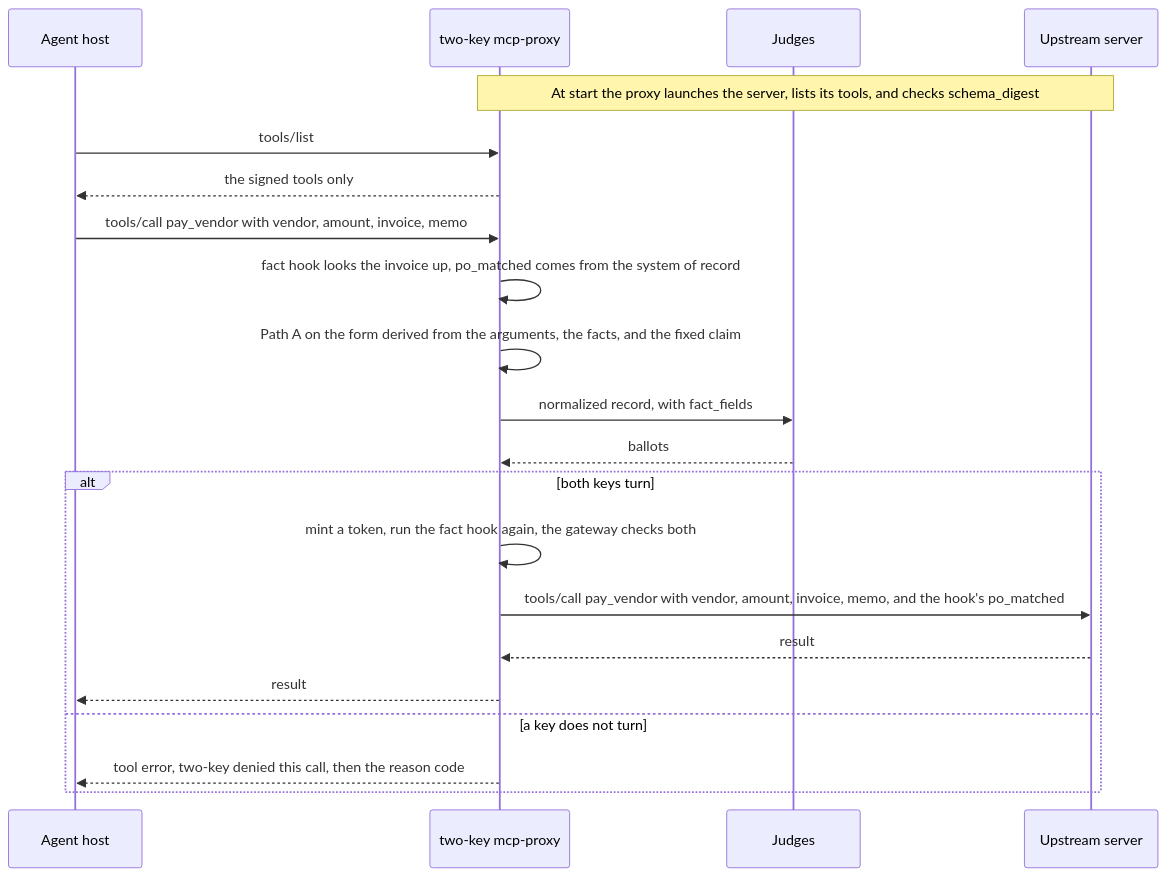
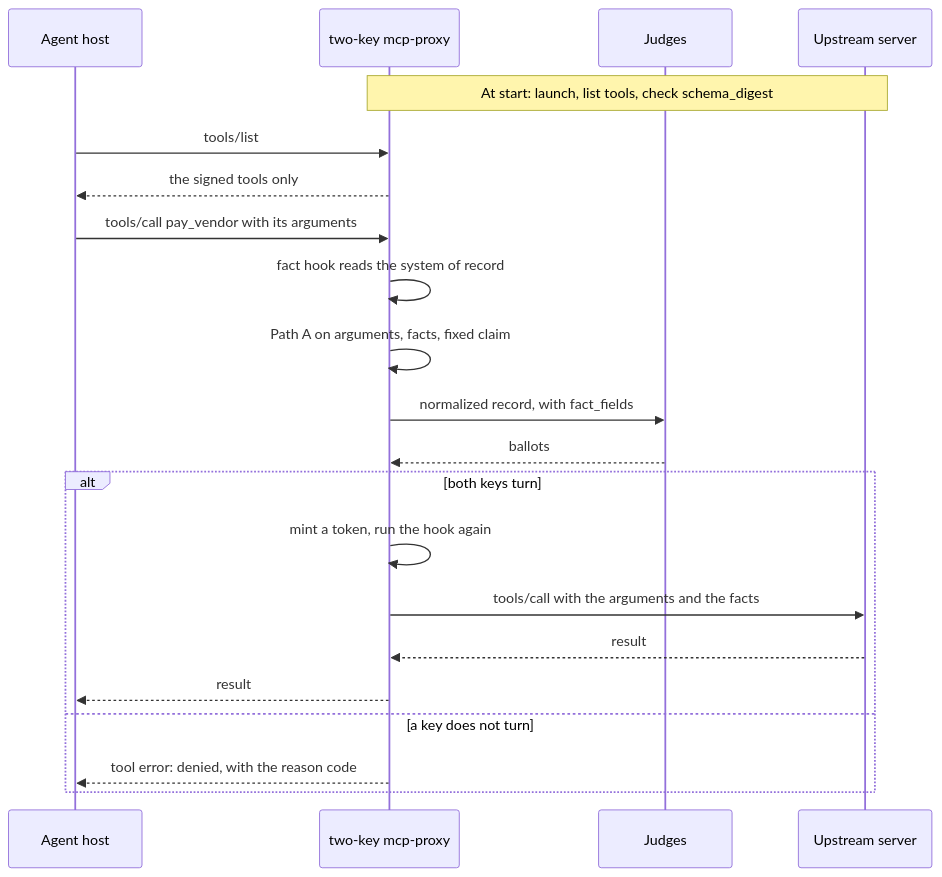
The fifth of 5 diagrams in docs/HOWTO.md (Insomniac-VibeLabs/two-key), drawn with Mermaid before and after one commit. The commit also changed other lines of this file and 12 other files, not shown here.

First line of the commit message:
Redraw every diagram to one house style, checked by a test (#29)

````diff
--- a/docs/HOWTO.md
+++ b/docs/HOWTO.md
@@ -1613,23 +1628,23 @@
 ```mermaid
 sequenceDiagram
   participant Host as Agent host
   participant Proxy as two-key mcp-proxy
   participant Judges
   participant Up as Upstream server
-  Note over Proxy,Up: At start the proxy launches the server, lists its tools, and checks schema_digest
+  Note over Proxy,Up: At start: launch, list tools, check schema_digest
   Host->>Proxy: tools/list
   Proxy-->>Host: the signed tools only
-  Host->>Proxy: tools/call pay_vendor with vendor, amount, invoice, memo
-  Proxy->>Proxy: fact hook looks the invoice up, po_matched comes from the system of record
-  Proxy->>Proxy: Path A on the form derived from the arguments, the facts, and the fixed claim
+  Host->>Proxy: tools/call pay_vendor with its arguments
+  Proxy->>Proxy: fact hook reads the system of record
+  Proxy->>Proxy: Path A on arguments, facts, fixed claim
   Proxy->>Judges: normalized record, with fact_fields
   Judges-->>Proxy: ballots
   alt both keys turn
-    Proxy->>Proxy: mint a token, run the fact hook again, the gateway checks both
-    Proxy->>Up: tools/call pay_vendor with vendor, amount, invoice, memo, and the hook's po_matched
+    Proxy->>Proxy: mint a token, run the hook again
+    Proxy->>Up: tools/call with the arguments and the facts
     Up-->>Proxy: result
     Proxy-->>Host: result
   else a key does not turn
-    Proxy-->>Host: tool error, two-key denied this call, then the reason code
+    Proxy-->>Host: tool error: denied, with the reason code
   end
 ```
````
